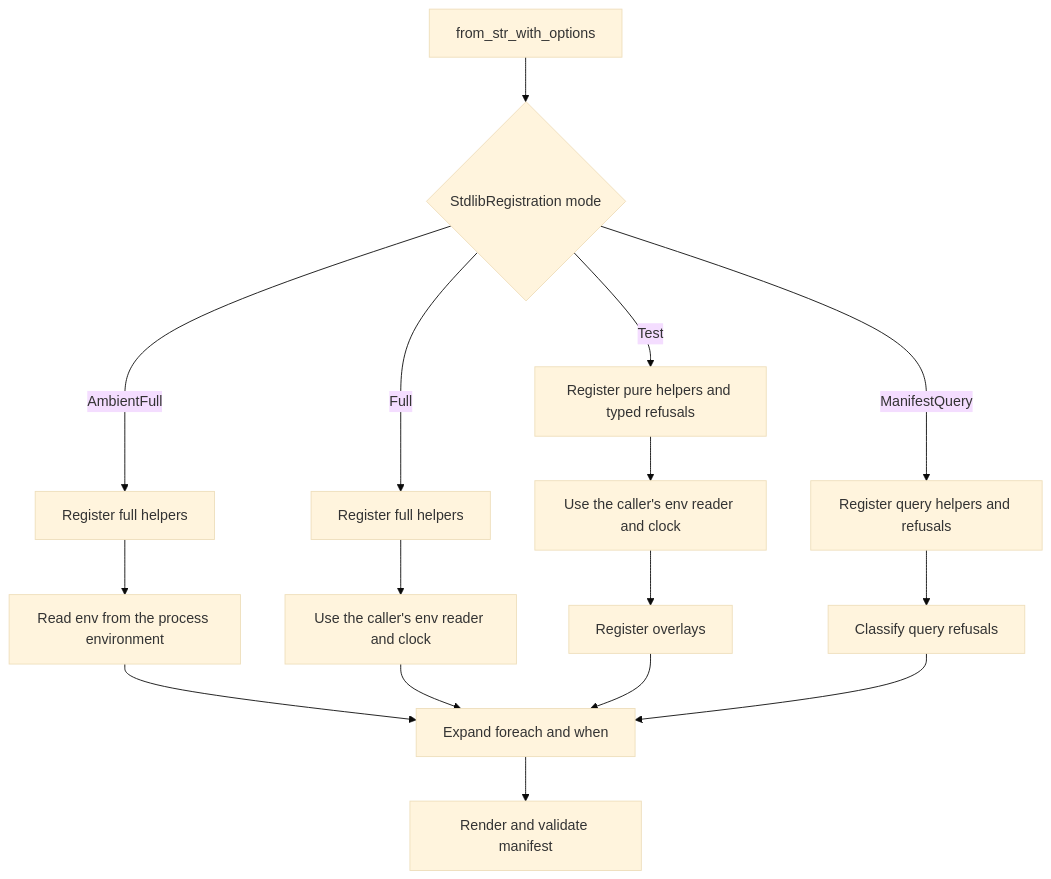
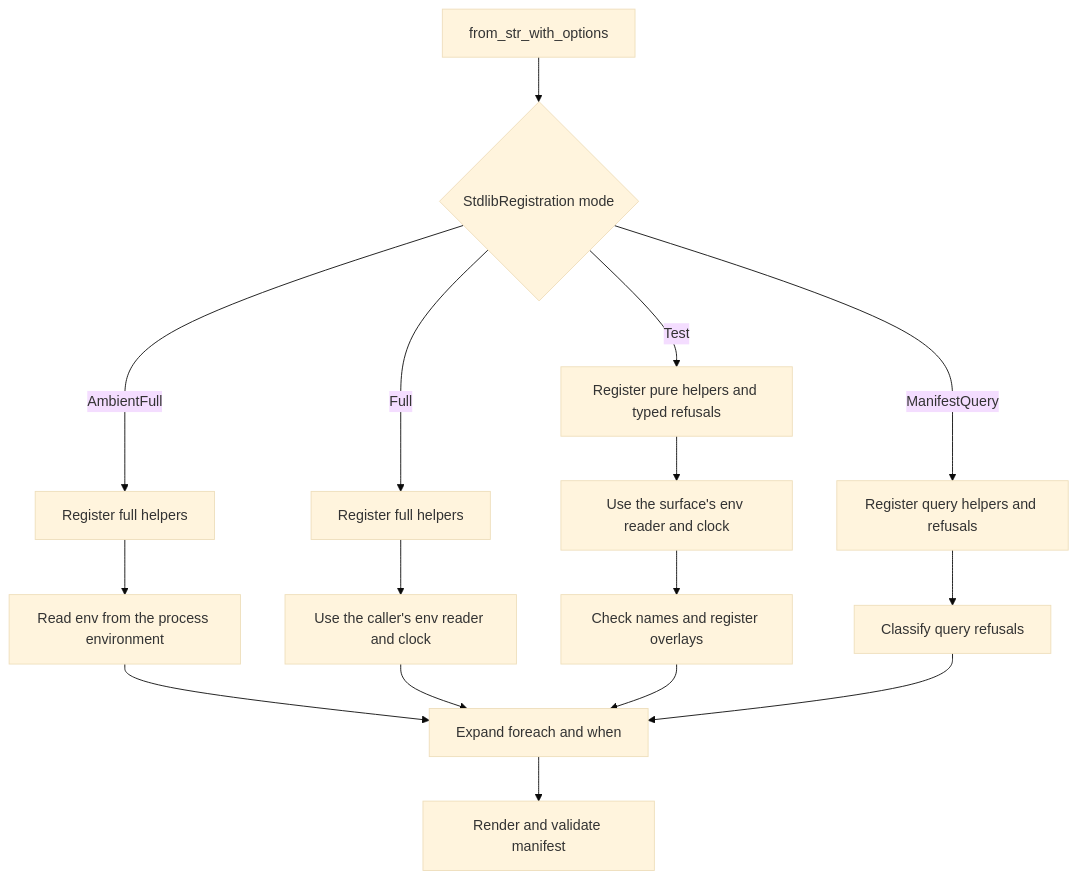
One commit to leynos/netsuke changed the second of 2 diagrams in docs/netsuke-test-framework-technical-design.md. Above: the diagram before and after it, drawn with Mermaid (base theme). The commit also changed other lines of this file and 8 other files, not shown here.

First line of the commit message:
Document the 7.1.2 loader modes and test surface

````diff
--- a/docs/netsuke-test-framework-technical-design.md
+++ b/docs/netsuke-test-framework-technical-design.md
@@ -251,18 +331,18 @@
 ```mermaid
 flowchart TD
     Start[from_str_with_options] --> Mode{StdlibRegistration mode}
     Mode -->|AmbientFull| AmbientFull[Register full helpers]
     Mode -->|Full| FullMode[Register full helpers]
     Mode -->|ManifestQuery| RestrictedQuery[Register query helpers and refusals]
     Mode -->|Test| RestrictedTest[Register pure helpers and typed refusals]
     AmbientFull --> AmbientEnv["Read env from the process environment"]
     FullMode --> FullEnv["Use the caller's env reader and clock"]
-    RestrictedTest --> TestEnv["Use the caller's env reader and clock"]
-    TestEnv --> Overlay[Register overlays]
+    RestrictedTest --> TestEnv["Use the surface's env reader and clock"]
+    TestEnv --> Overlay[Check names and register overlays]
     RestrictedQuery --> QueryClassify[Classify query refusals]
     AmbientEnv --> Expand[Expand foreach and when]
     FullEnv --> Expand
     Overlay --> Expand
     QueryClassify --> Expand
     Expand --> Render[Render and validate manifest]
 ```
````
